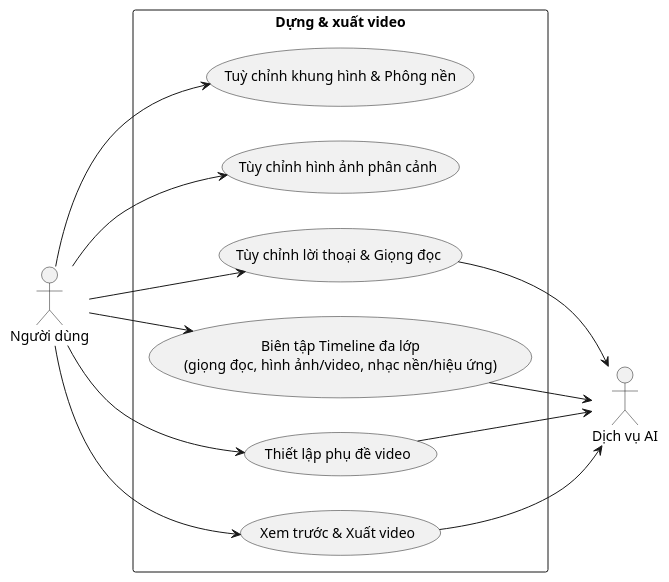
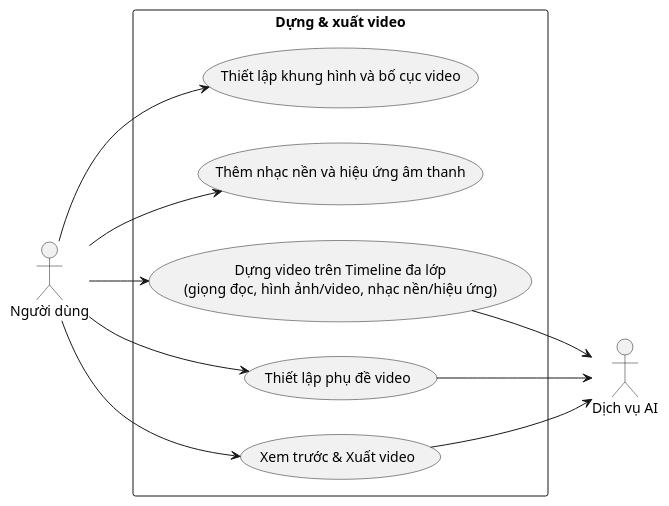
One commit to 202416852-anhpv/story2video-docs changed the diagram in docs/bieu-do-uc/bieu-do-uc-chi-tiet/make/dung-va-xuat-video.puml. Above: the diagram before and after it, drawn with PlantUML. The commit also changed 5 other files, not shown here.

```diff
--- a/docs/bieu-do-uc/bieu-do-uc-chi-tiet/make/dung-va-xuat-video.puml
+++ b/docs/bieu-do-uc/bieu-do-uc-chi-tiet/make/dung-va-xuat-video.puml
@@ -1,28 +1,25 @@
 @startuml dung-va-xuat-video
 left to right direction
 
 actor "Người dùng" as User
 actor "Dịch vụ AI" as AI_Service
 
 rectangle "Dựng & xuất video" {
-    usecase "Tuỳ chỉnh khung hình & Phông nền" as UC_01
-    usecase "Tùy chỉnh hình ảnh phân cảnh" as UC_02
-    usecase "Tùy chỉnh lời thoại & Giọng đọc" as UC_03
-    usecase "Biên tập Timeline đa lớp\n(giọng đọc, hình ảnh/video, nhạc nền/hiệu ứng)" as UC_04
+    usecase "Thiết lập khung hình và bố cục video" as UC_01
+    usecase "Thêm nhạc nền và hiệu ứng âm thanh" as UC_02
+    usecase "Dựng video trên Timeline đa lớp\n(giọng đọc, hình ảnh/video, nhạc nền/hiệu ứng)" as UC_04
     usecase "Thiết lập phụ đề video" as UC_05
     usecase "Xem trước & Xuất video" as UC_06
 }
 
 User --> UC_01
 User --> UC_02
-User --> UC_03
 User --> UC_04
 User --> UC_05
 User --> UC_06
 
-UC_03 --> AI_Service
 UC_04 --> AI_Service
 UC_05 --> AI_Service
 UC_06 --> AI_Service
 
 @enduml
```
